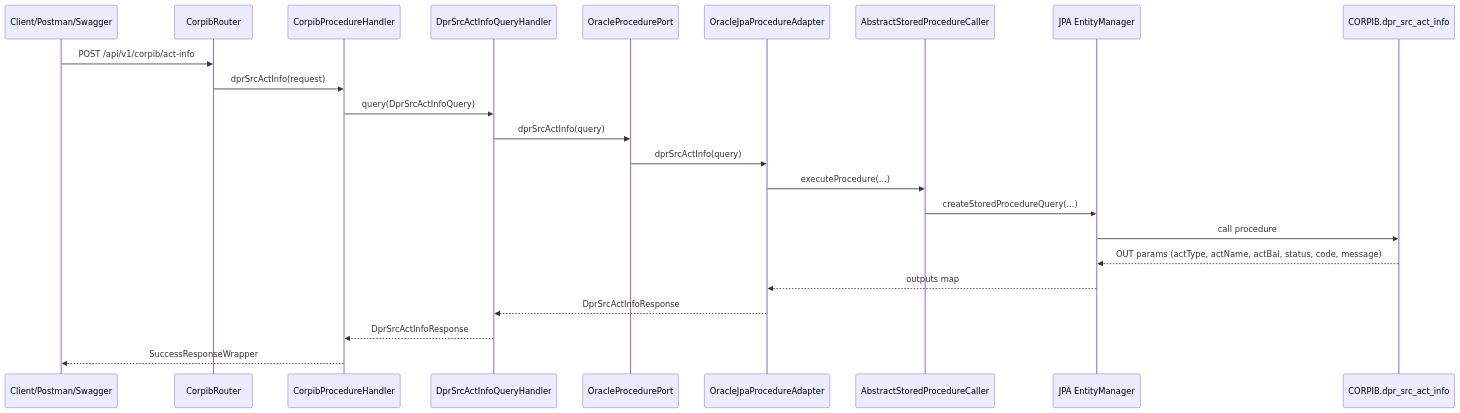
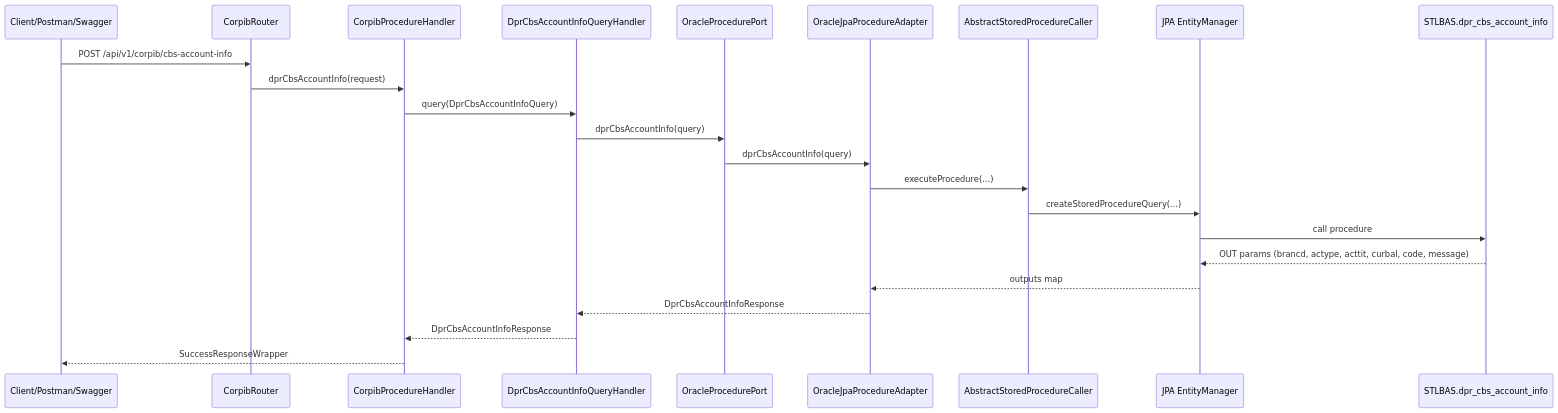
One commit to rajib-reea/spring-hexagonal-pjt changed the diagram in ORACLE_PROCEDURE_CALL_FLOW.md. Above: the diagram before and after it, drawn with Mermaid. The commit also changed other lines of this file and 11 other files, not shown here.

First line of the commit message:
Add support for dpr_cbs_account_info procedure

````diff
--- a/ORACLE_PROCEDURE_CALL_FLOW.md
+++ b/ORACLE_PROCEDURE_CALL_FLOW.md
@@ -7,26 +7,26 @@
 ```mermaid
 sequenceDiagram
     participant Client as Client/Postman/Swagger
     participant Router as CorpibRouter
     participant Handler as CorpibProcedureHandler
-    participant UseCase as DprSrcActInfoQueryHandler
+    participant UseCase as DprCbsAccountInfoQueryHandler
     participant Port as OracleProcedurePort
     participant Adapter as OracleJpaProcedureAdapter
     participant Caller as AbstractStoredProcedureCaller
     participant JPA as JPA EntityManager
-    participant SP as CORPIB.dpr_src_act_info
+    participant SP as STLBAS.dpr_cbs_account_info
 
-    Client->>Router: POST /api/v1/corpib/act-info
-    Router->>Handler: dprSrcActInfo(request)
-    Handler->>UseCase: query(DprSrcActInfoQuery)
-    UseCase->>Port: dprSrcActInfo(query)
-    Port->>Adapter: dprSrcActInfo(query)
+    Client->>Router: POST /api/v1/corpib/cbs-account-info
+    Router->>Handler: dprCbsAccountInfo(request)
+    Handler->>UseCase: query(DprCbsAccountInfoQuery)
+    UseCase->>Port: dprCbsAccountInfo(query)
+    Port->>Adapter: dprCbsAccountInfo(query)
     Adapter->>Caller: executeProcedure(...)
     Caller->>JPA: createStoredProcedureQuery(...)
     JPA->>SP: call procedure
-    SP-->>JPA: OUT params (actType, actName, actBal, status, code, message)
+    SP-->>JPA: OUT params (brancd, actype, acttit, curbal, code, message)
     JPA-->>Adapter: outputs map
-    Adapter-->>UseCase: DprSrcActInfoResponse
-    UseCase-->>Handler: DprSrcActInfoResponse
+    Adapter-->>UseCase: DprCbsAccountInfoResponse
+    UseCase-->>Handler: DprCbsAccountInfoResponse
     Handler-->>Client: SuccessResponseWrapper
 ```
````
